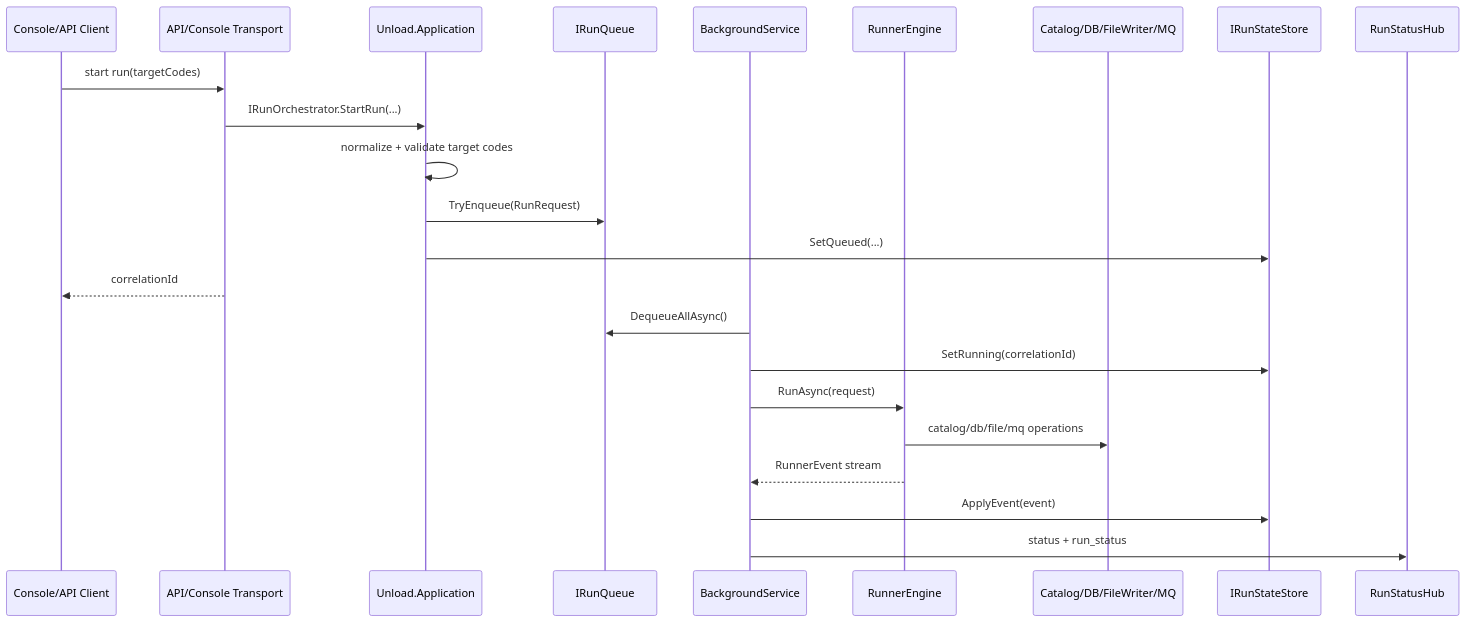
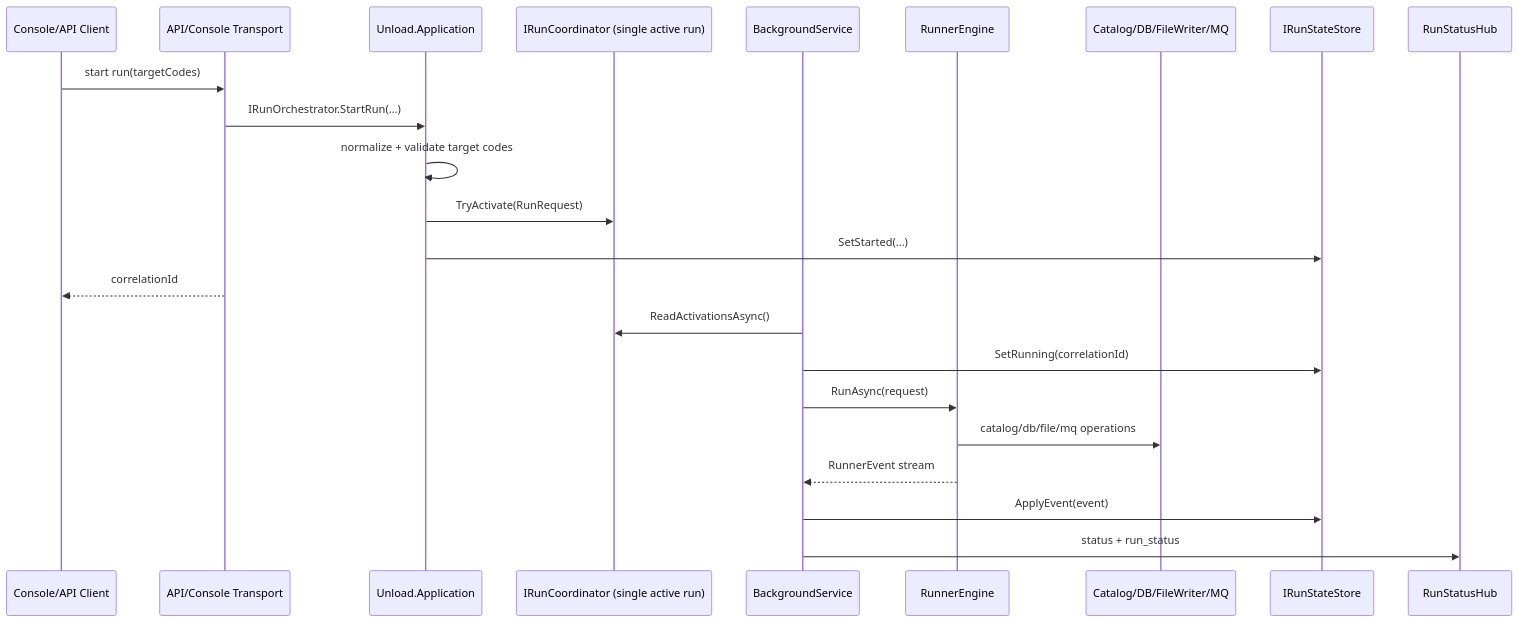
The second of 2 diagrams in docs/ARCHITECTURE.md (Dehydrohaloalkan/unload), drawn with Mermaid before and after one commit. The commit also changed other lines of this file and 24 other files, not shown here.

Commit message:
Implement single active run management by replacing IRunQueue with IRunCoordinator

````diff
--- a/docs/ARCHITECTURE.md
+++ b/docs/ARCHITECTURE.md
@@ -160,27 +169,27 @@
 ```mermaid
 sequenceDiagram
     participant Client as Console/API Client
     participant Transport as API/Console Transport
     participant App as Unload.Application
-    participant Queue as IRunQueue
+    participant Coordinator as IRunCoordinator (single active run)
     participant Worker as BackgroundService
     participant Runner as RunnerEngine
     participant Infra as Catalog/DB/FileWriter/MQ
     participant State as IRunStateStore
     participant SignalR as RunStatusHub
 
     Client->>Transport: start run(targetCodes)
     Transport->>App: IRunOrchestrator.StartRun(...)
     App->>App: normalize + validate target codes
-    App->>Queue: TryEnqueue(RunRequest)
-    App->>State: SetQueued(...)
+    App->>Coordinator: TryActivate(RunRequest)
+    App->>State: SetStarted(...)
     Transport-->>Client: correlationId
 
-    Worker->>Queue: DequeueAllAsync()
+    Worker->>Coordinator: ReadActivationsAsync()
     Worker->>State: SetRunning(correlationId)
     Worker->>Runner: RunAsync(request)
     Runner->>Infra: catalog/db/file/mq operations
     Runner-->>Worker: RunnerEvent stream
     Worker->>State: ApplyEvent(event)
     Worker->>SignalR: status + run_status
 ```
````
